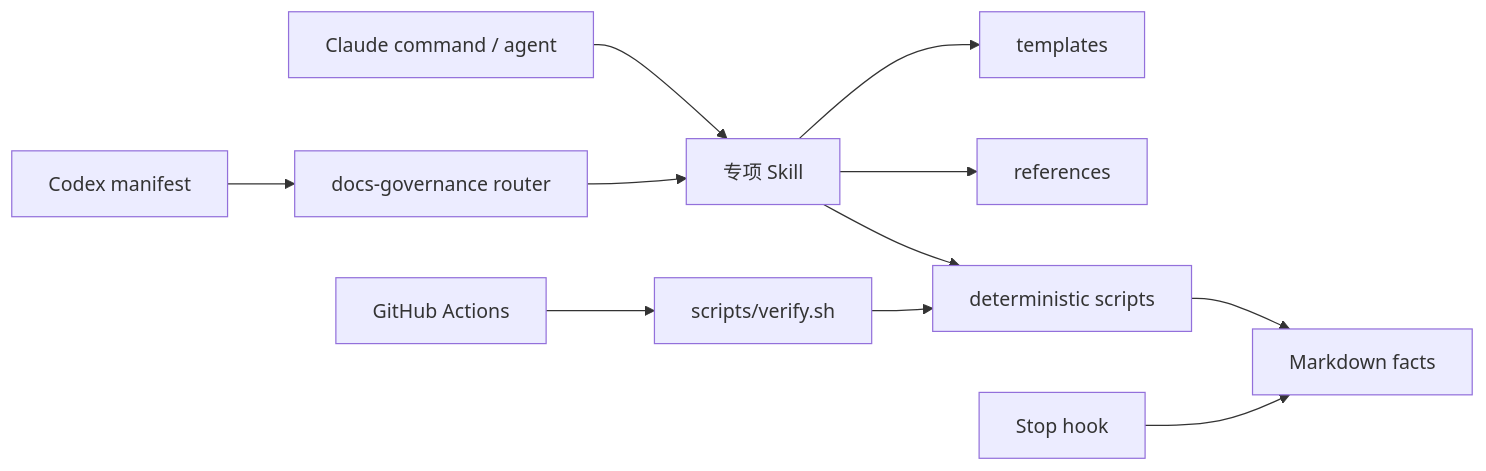
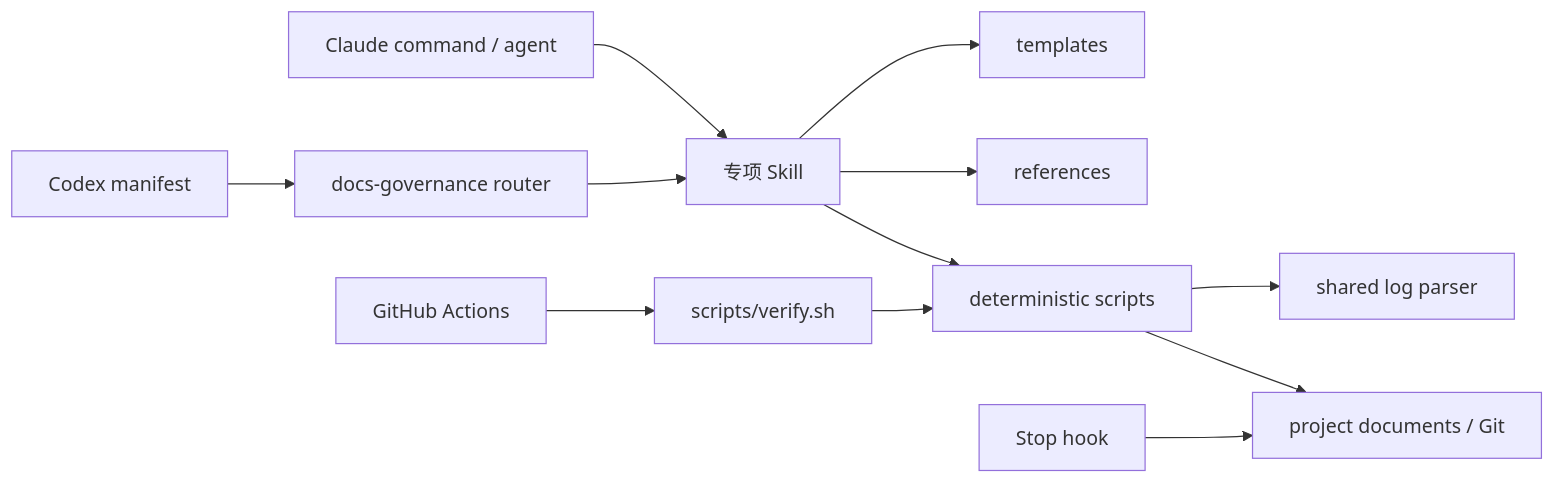
One commit to Seekers2001/docs-governance changed the first of 2 diagrams in ARCHITECTURE.md. Above: the diagram before and after it, drawn with Mermaid. The commit also changed other lines of this file and 21 other files, not shown here.

````diff
--- a/ARCHITECTURE.md
+++ b/ARCHITECTURE.md
@@ -21,13 +22,14 @@
 ```mermaid
 flowchart LR
     CODEX["Codex manifest"] --> ROUTER["docs-governance router"]
     CLAUDE["Claude command / agent"] --> SKILL["专项 Skill"]
     ROUTER --> SKILL
     SKILL --> TEMPLATE["templates"]
     SKILL --> REFERENCE["references"]
     SKILL --> SCRIPT["deterministic scripts"]
-    SCRIPT --> FACTS["Markdown facts"]
+    SCRIPT --> LOGFORMAT["shared log parser"]
+    SCRIPT --> FACTS["project documents / Git"]
     HOOK["Stop hook"] --> FACTS
     CI["GitHub Actions"] --> VERIFY["scripts/verify.sh"]
     VERIFY --> SCRIPT
 ```
````
